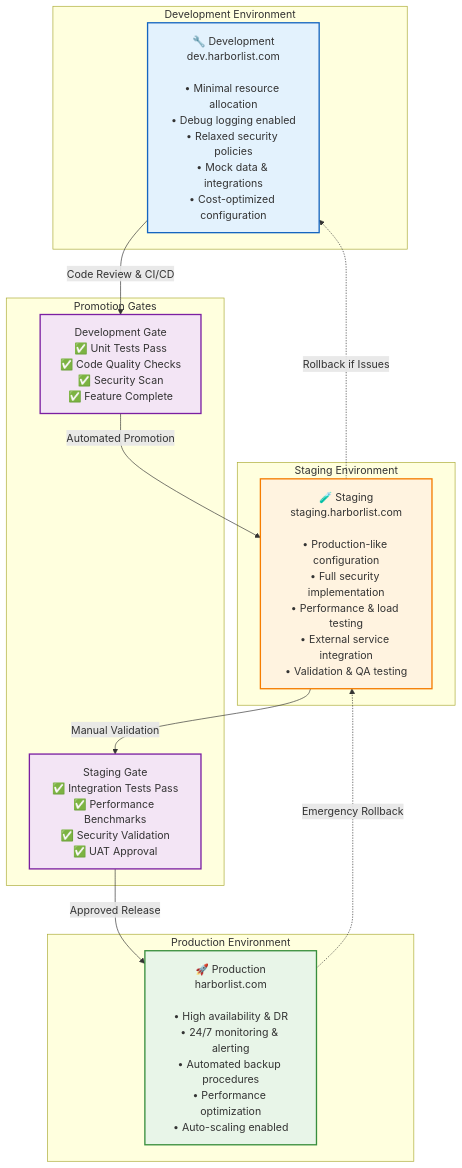
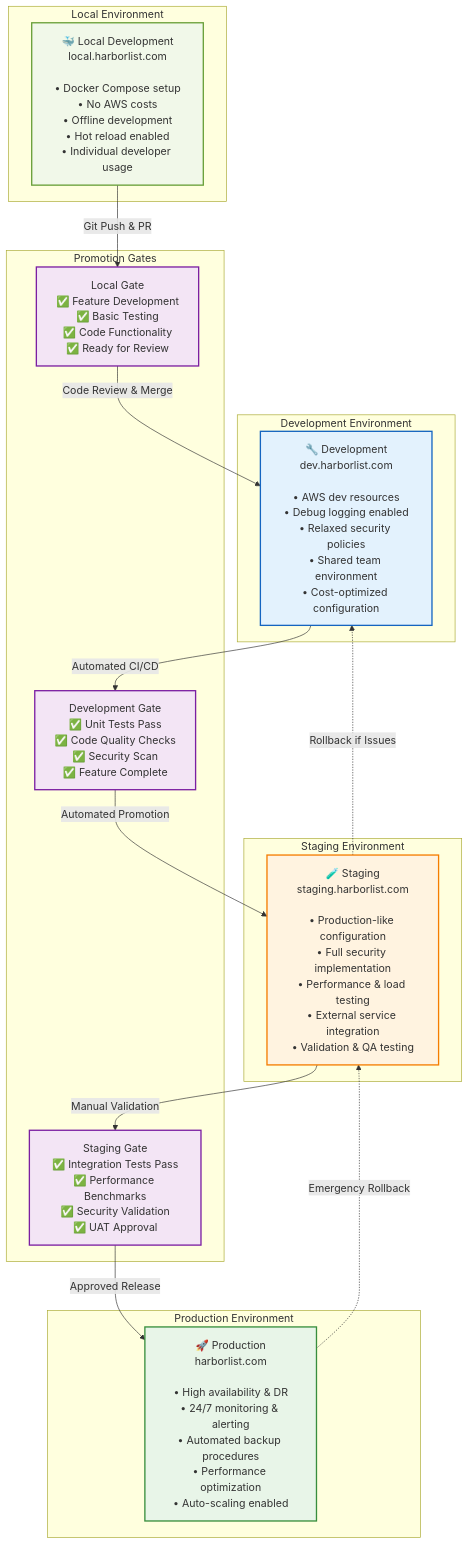
Before and after one commit to felixep/harborlist-marketplace: the diagram in docs/operations/README.md, drawn with Mermaid. The commit also changed other lines of this file and 18 other files, not shown here.

````diff
--- a/docs/operations/README.md
+++ b/docs/operations/README.md
@@ -47,35 +47,45 @@
 ```mermaid
 graph TD
+    subgraph "Local Environment"
+        Local[🐳 Local Development<br/>local.harborlist.com<br/><br/>• Docker Compose setup<br/>• No AWS costs<br/>• Offline development<br/>• Hot reload enabled<br/>• Individual developer usage]
+    end
+    
     subgraph "Development Environment"
-        Dev[🔧 Development<br/>dev.harborlist.com<br/><br/>• Minimal resource allocation<br/>• Debug logging enabled<br/>• Relaxed security policies<br/>• Mock data & integrations<br/>• Cost-optimized configuration]
+        Dev[🔧 Development<br/>dev.harborlist.com<br/><br/>• AWS dev resources<br/>• Debug logging enabled<br/>• Relaxed security policies<br/>• Shared team environment<br/>• Cost-optimized configuration]
     end
     
     subgraph "Staging Environment"
         Staging[🧪 Staging<br/>staging.harborlist.com<br/><br/>• Production-like configuration<br/>• Full security implementation<br/>• Performance & load testing<br/>• External service integration<br/>• Validation & QA testing]
     end
     
     subgraph "Production Environment"
         Prod[🚀 Production<br/>harborlist.com<br/><br/>• High availability & DR<br/>• 24/7 monitoring & alerting<br/>• Automated backup procedures<br/>• Performance optimization<br/>• Auto-scaling enabled]
     end
     
     subgraph "Promotion Gates"
+        LocalGate[Local Gate<br/>✅ Feature Development<br/>✅ Basic Testing<br/>✅ Code Functionality<br/>✅ Ready for Review]
+        
         DevGate[Development Gate<br/>✅ Unit Tests Pass<br/>✅ Code Quality Checks<br/>✅ Security Scan<br/>✅ Feature Complete]
         
         StagingGate[Staging Gate<br/>✅ Integration Tests Pass<br/>✅ Performance Benchmarks<br/>✅ Security Validation<br/>✅ UAT Approval]
     end
     
-    Dev -->|"Code Review & CI/CD"| DevGate
+    Local -->|"Git Push & PR"| LocalGate
+    LocalGate -->|"Code Review & Merge"| Dev
+    Dev -->|"Automated CI/CD"| DevGate
     DevGate -->|"Automated Promotion"| Staging
     Staging -->|"Manual Validation"| StagingGate
     StagingGate -->|"Approved Release"| Prod
     
     %% Rollback paths
     Staging -.->|Rollback if Issues| Dev
     Prod -.->|Emergency Rollback| Staging
     
+    style Local fill:#f1f8e9,stroke:#689f38,stroke-width:2px
     style Dev fill:#e3f2fd,stroke:#1565c0,stroke-width:2px
     style Staging fill:#fff3e0,stroke:#f57c00,stroke-width:2px
     style Prod fill:#e8f5e8,stroke:#388e3c,stroke-width:2px
+    style LocalGate fill:#f3e5f5,stroke:#7b1fa2,stroke-width:2px
     style DevGate fill:#f3e5f5,stroke:#7b1fa2,stroke-width:2px
     style StagingGate fill:#f3e5f5,stroke:#7b1fa2,stroke-width:2px
 ```
````
